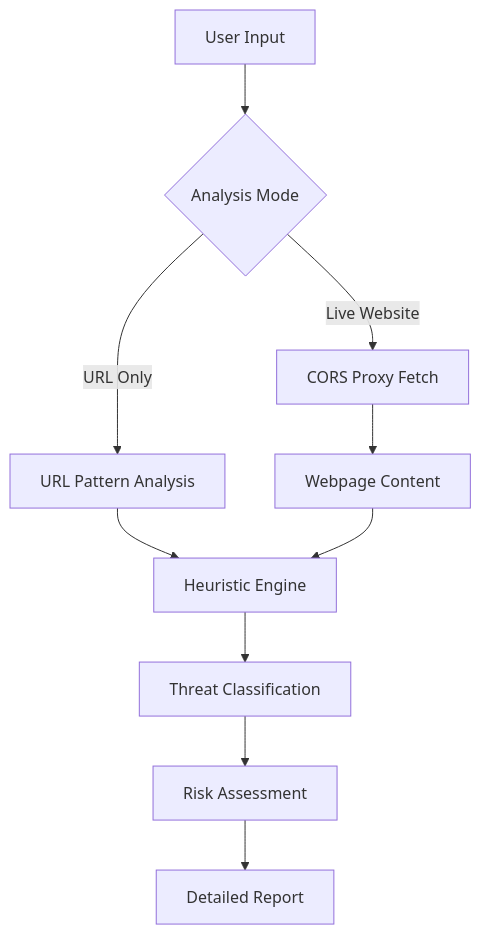
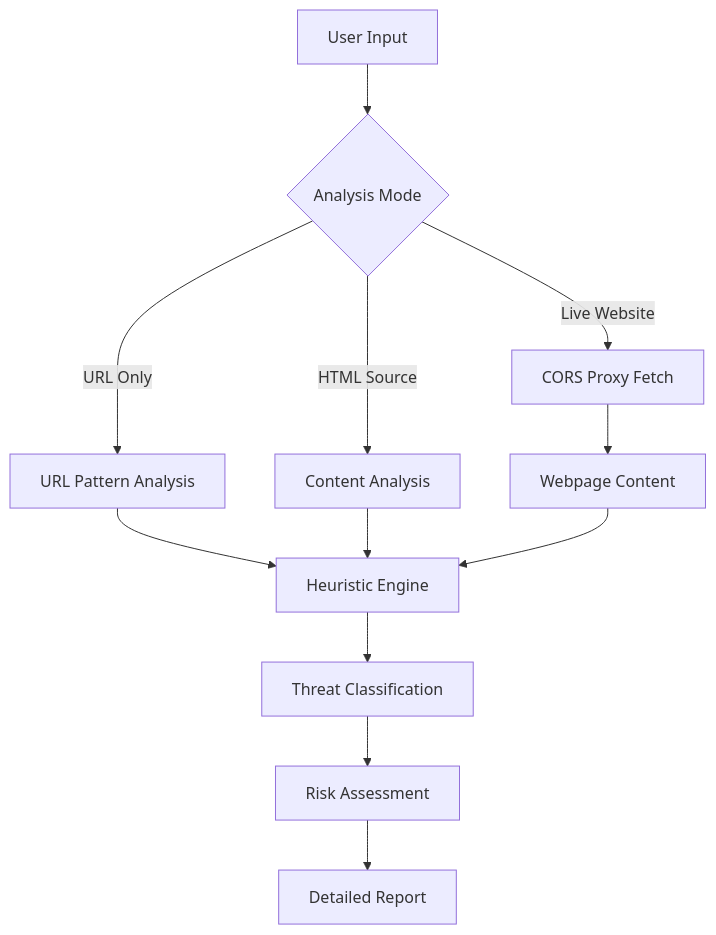
One commit to amitadhikari8885/Amitrepo changed the diagram in README.md. Above: the diagram before and after it, drawn with Mermaid. The commit also changed other lines of this file and 16 other files, not shown here.

````diff
--- a/README.md
+++ b/README.md
@@ -53,14 +68,16 @@
 ```mermaid
 graph TD
     A[User Input] --> B{Analysis Mode}
     B -->|URL Only| C[URL Pattern Analysis]
-    B -->|Live Website| D[CORS Proxy Fetch]
+    B -->|HTML Source| D[Content Analysis]
+    B -->|Live Website| E[CORS Proxy Fetch]
 
-    C --> E[Heuristic Engine]
-    D --> F[Webpage Content]
-    F --> E
+    C --> F[Heuristic Engine]
+    D --> F
+    E --> G[Webpage Content]
+    G --> F
 
-    E --> G[Threat Classification]
-    G --> H[Risk Assessment]
-    H --> I[Detailed Report]
+    F --> H[Threat Classification]
+    H --> I[Risk Assessment]
+    I --> J[Detailed Report]
 ```
````
